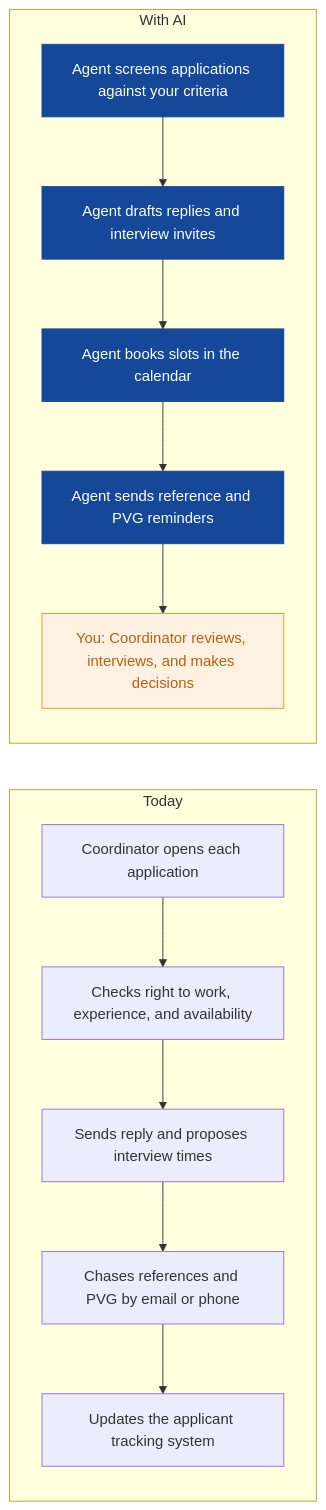
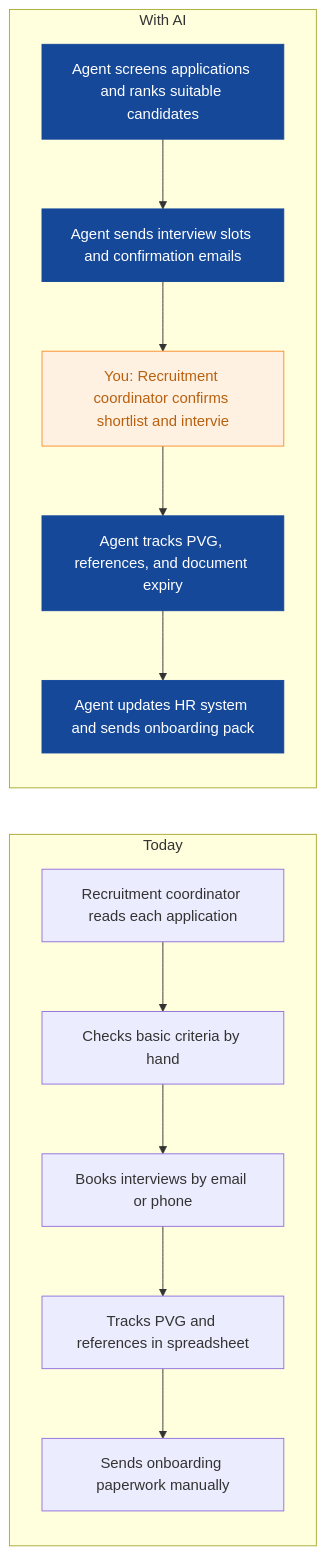
One commit to nexibeo/Complete-AI-Strategy changed the third of 8 diagrams in strategies/evergreen-home-care.md. Above: the diagram before and after it, drawn with Mermaid. The commit also changed other lines of this file and 26 other files, not shown here.

````diff
--- a/strategies/evergreen-home-care.md
+++ b/strategies/evergreen-home-care.md
@@ -108,23 +111,23 @@
 ```mermaid
 flowchart LR
   subgraph Today
-    B0["Coordinator opens each application"]
-    B1["Checks right to work, experience, and availability"]
-    B2["Sends reply and proposes interview times"]
-    B3["Chases references and PVG by email or phone"]
-    B4["Updates the applicant tracking system"]
+    B0["Recruitment coordinator reads each application"]
+    B1["Checks basic criteria by hand"]
+    B2["Books interviews by email or phone"]
+    B3["Tracks PVG and references in spreadsheet"]
+    B4["Sends onboarding paperwork manually"]
     B0 --> B1 --> B2 --> B3 --> B4
   end
   subgraph WithAI[With AI]
-    A0["Agent screens applications against your criteria"]
-    A1["Agent drafts replies and interview invites"]
-    A2["Agent books slots in the calendar"]
-    A3["Agent sends reference and PVG reminders"]
-    A4["You: Coordinator reviews, interviews, and makes decisions"]
+    A0["Agent screens applications and ranks suitable candidates"]
+    A1["Agent sends interview slots and confirmation emails"]
+    A2["You: Recruitment coordinator confirms shortlist and intervie"]
+    A3["Agent tracks PVG, references, and document expiry"]
+    A4["Agent updates HR system and sends onboarding pack"]
     A0 --> A1 --> A2 --> A3 --> A4
   end
   classDef ai fill:#154899,color:#fff,stroke:#154899
   classDef human fill:#FFF1E2,color:#B8600F,stroke:#F98F2C
-  class A0,A1,A2,A3 ai
-  class A4 human
+  class A0,A1,A3,A4 ai
+  class A2 human
 ```
````
